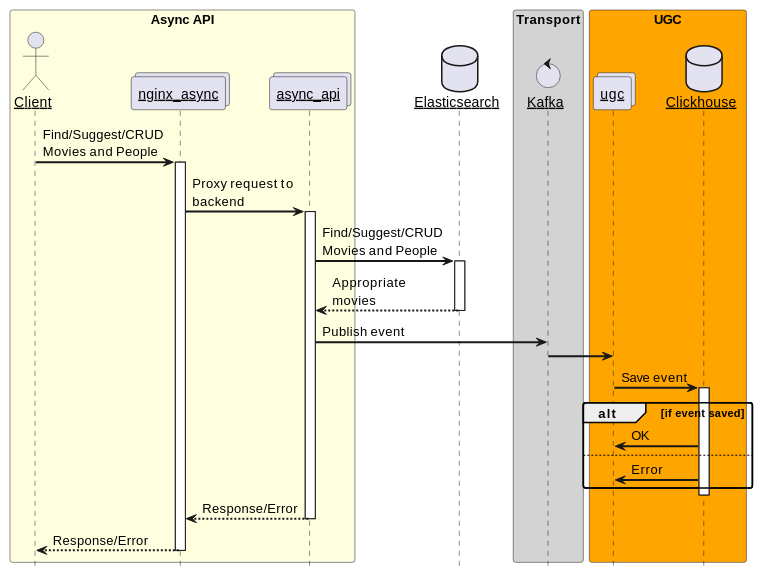
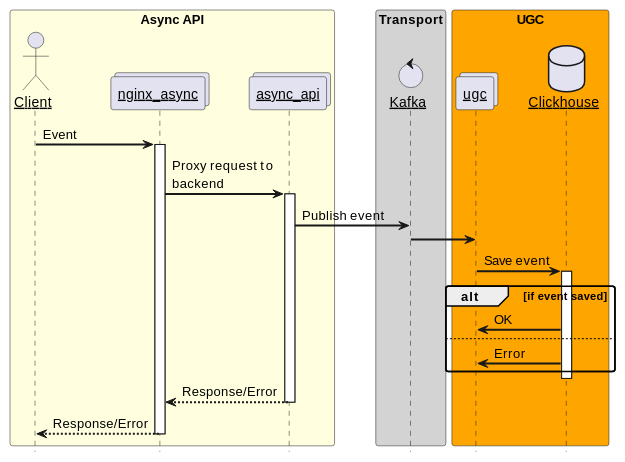
One commit to vromanuk/ugc_sprint_1 changed the diagram in ugc-architecture.md. Above: the diagram before and after it, drawn with PlantUML.

````diff
--- a/ugc-architecture.md
+++ b/ugc-architecture.md
@@ -1,57 +1,50 @@
 ```plantuml
 @startuml
 skinparam componentStyle uml2
 skinparam sequenceArrowThickness 2
 skinparam roundcorner 5
 skinparam maxmessagesize 120
 skinparam sequenceParticipant underline
 hide footbox
 skinparam BoxPadding 2
 
 box "Async API" #LightYellow
     actor Client
     collections nginx_async
     collections async_api
 end box
 
-database Elasticsearch
-
 box "Transport" #LightGray
     control Kafka
 end box
 
 box "UGC" #Orange
     collections ugc
     database Clickhouse
 end box
 
-Client -> nginx_async: Find/Suggest/CRUD Movies and People
+Client -> nginx_async: Event
 activate nginx_async
 nginx_async -> async_api: Proxy request to backend
 activate async_api
-
-async_api -> Elasticsearch: Find/Suggest/CRUD Movies and People
-activate Elasticsearch
-Elasticsearch --> async_api: Appropriate movies
-deactivate Elasticsearch
 
 async_api -> Kafka: Publish event
 Kafka -> ugc
 
 ugc -> Clickhouse: Save event
 activate Clickhouse
 
 alt if event saved
     Clickhouse -> ugc: OK
 else
     Clickhouse -> ugc: Error
 end
 deactivate Clickhouse
 
 async_api --> nginx_async: Response/Error
 deactivate async_api
 
 nginx_async --> Client: Response/Error
 deactivate nginx_async
 @enduml
 ```
````
